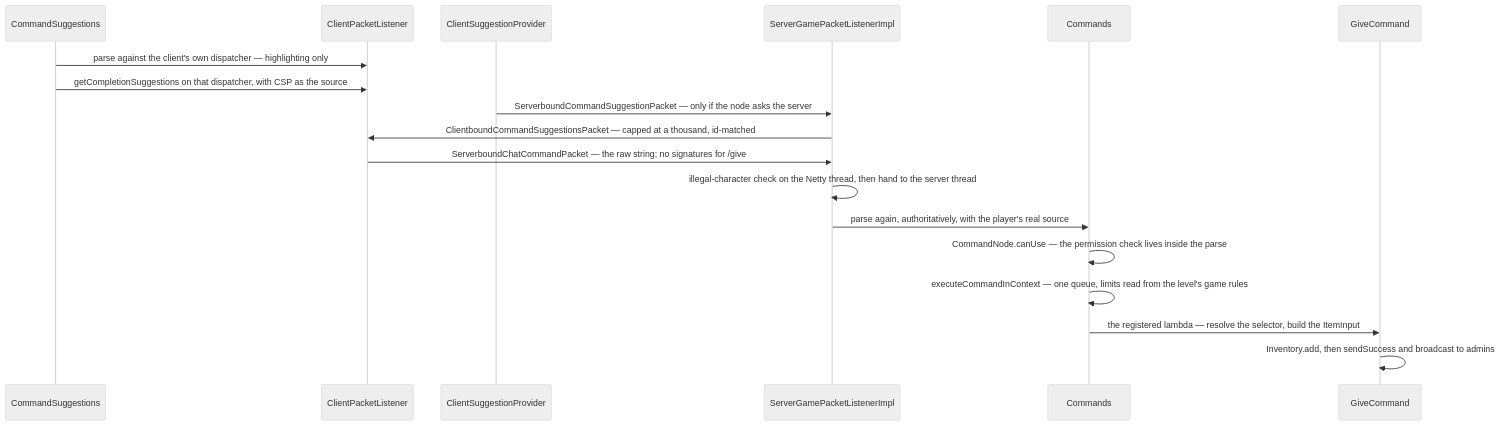
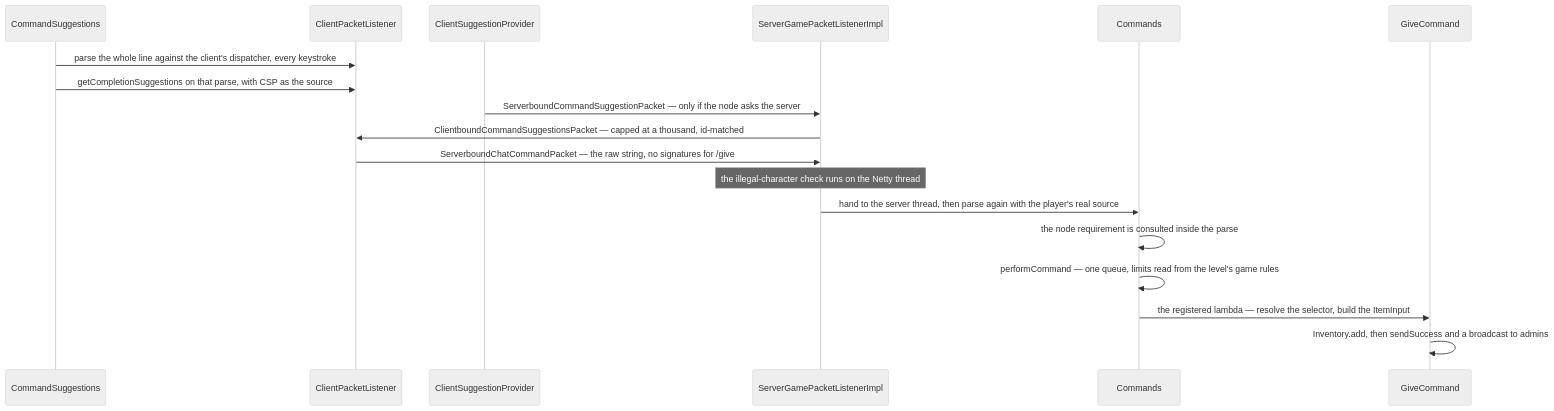
The diagram in src/systems/commands/brigadier-and-commands.md (AlexanderjFraser/MinecraftDocs), drawn with Mermaid (neutral theme) before and after one commit. The commit also changed other lines of this file and 23 other files, not shown here.

````diff
--- a/src/systems/commands/brigadier-and-commands.md
+++ b/src/systems/commands/brigadier-and-commands.md
@@ -147,21 +40,21 @@
 ```mermaid
 sequenceDiagram
-    participant CS as CommandSuggestions
+    participant CSug as CommandSuggestions
     participant CPL as ClientPacketListener
     participant CSP as ClientSuggestionProvider
     participant SGPL as ServerGamePacketListenerImpl
-    participant C as Commands
+    participant Cmds as Commands
     participant GC as GiveCommand
 
-    CS->>CPL: parse against the client's own dispatcher — highlighting only
-    CS->>CPL: getCompletionSuggestions on that dispatcher, with CSP as the source
+    CSug->>CPL: parse the whole line against the client's dispatcher, every keystroke
+    CSug->>CPL: getCompletionSuggestions on that parse, with CSP as the source
     CSP->>SGPL: ServerboundCommandSuggestionPacket — only if the node asks the server
     SGPL->>CPL: ClientboundCommandSuggestionsPacket — capped at a thousand, id-matched
-    CPL->>SGPL: ServerboundChatCommandPacket — the raw string#59; no signatures for /give
-    SGPL->>SGPL: illegal-character check on the Netty thread, then hand to the server thread
-    SGPL->>C: parse again, authoritatively, with the player's real source
-    C->>C: CommandNode.canUse — the permission check lives inside the parse
-    C->>C: executeCommandInContext — one queue, limits read from the level's game rules
-    C->>GC: the registered lambda — resolve the selector, build the ItemInput
-    GC->>GC: Inventory.add, then sendSuccess and broadcast to admins
+    CPL->>SGPL: ServerboundChatCommandPacket — the raw string, no signatures for /give
+    Note over SGPL: the illegal-character check runs on the Netty thread
+    SGPL->>Cmds: hand to the server thread, then parse again with the player's real source
+    Cmds->>Cmds: the node requirement is consulted inside the parse
+    Cmds->>Cmds: performCommand — one queue, limits read from the level's game rules
+    Cmds->>GC: the registered lambda — resolve the selector, build the ItemInput
+    GC->>GC: Inventory.add, then sendSuccess and a broadcast to admins
 ```
````
